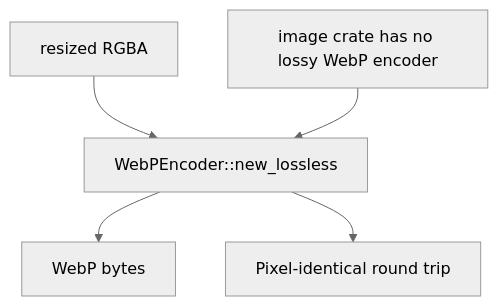
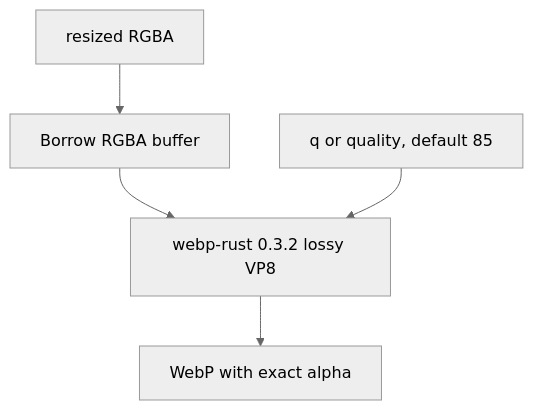
The fifth of 5 diagrams in docs/image-optimize-rust-algorithm.md (motss-app/test-hono-react-router-vite), drawn with Mermaid (neutral theme) before and after one commit. The commit also changed other lines of this file and 11 other files, not shown here.

First line of the commit message:
fix(image-optimize): restore lossy WebP quality controls (#84)

````diff
--- a/docs/image-optimize-rust-algorithm.md
+++ b/docs/image-optimize-rust-algorithm.md
@@ -125,7 +125,7 @@
 ```mermaid
 flowchart TD
-    A[resized RGBA] --> B["WebPEncoder::new_lossless"]
-    D["image crate has no lossy WebP encoder"] --> B
-    B --> C[WebP bytes]
-    B --> E["Pixel-identical round trip"]
+    A[resized RGBA] --> B["Borrow RGBA buffer"]
+    B --> C["webp-rust 0.3.2 lossy VP8"]
+    D["q or quality, default 85"] --> C
+    C --> E["WebP with exact alpha"]
 ```
````
